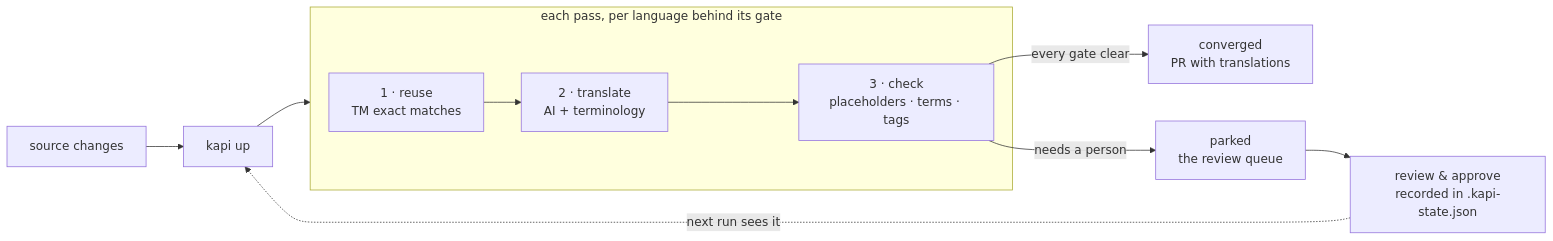
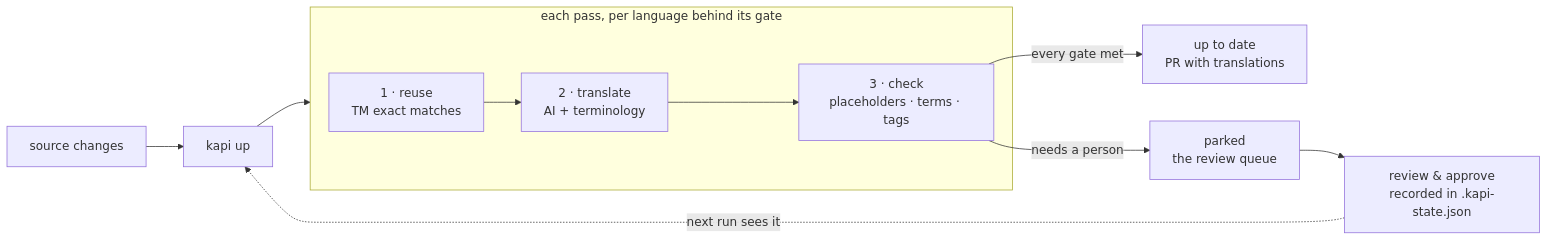
The diagram in README.md (neokapi/kapi-action), drawn with Mermaid before and after one commit. The commit also changed other lines of this file and 1 other file, not shown here.

````diff
--- a/README.md
+++ b/README.md
@@ -64,12 +64,12 @@
 ```mermaid
 flowchart LR
     S[source changes] --> U[kapi up]
     subgraph PASS ["each pass, per language behind its gate"]
         TM["1 · reuse<br/>TM exact matches"] --> AI["2 · translate<br/>AI + terminology"] --> CK["3 · check<br/>placeholders · terms · tags"]
     end
     U --> PASS
-    CK -->|every gate clear| CV["converged<br/>PR with translations"]
+    CK -->|every gate met| CV["up to date<br/>PR with translations"]
     CK -->|needs a person| PK["parked<br/>the review queue"]
     PK --> RV["review & approve<br/>recorded in .kapi-state.json"]
     RV -.->|next run sees it| U
 ```
````
